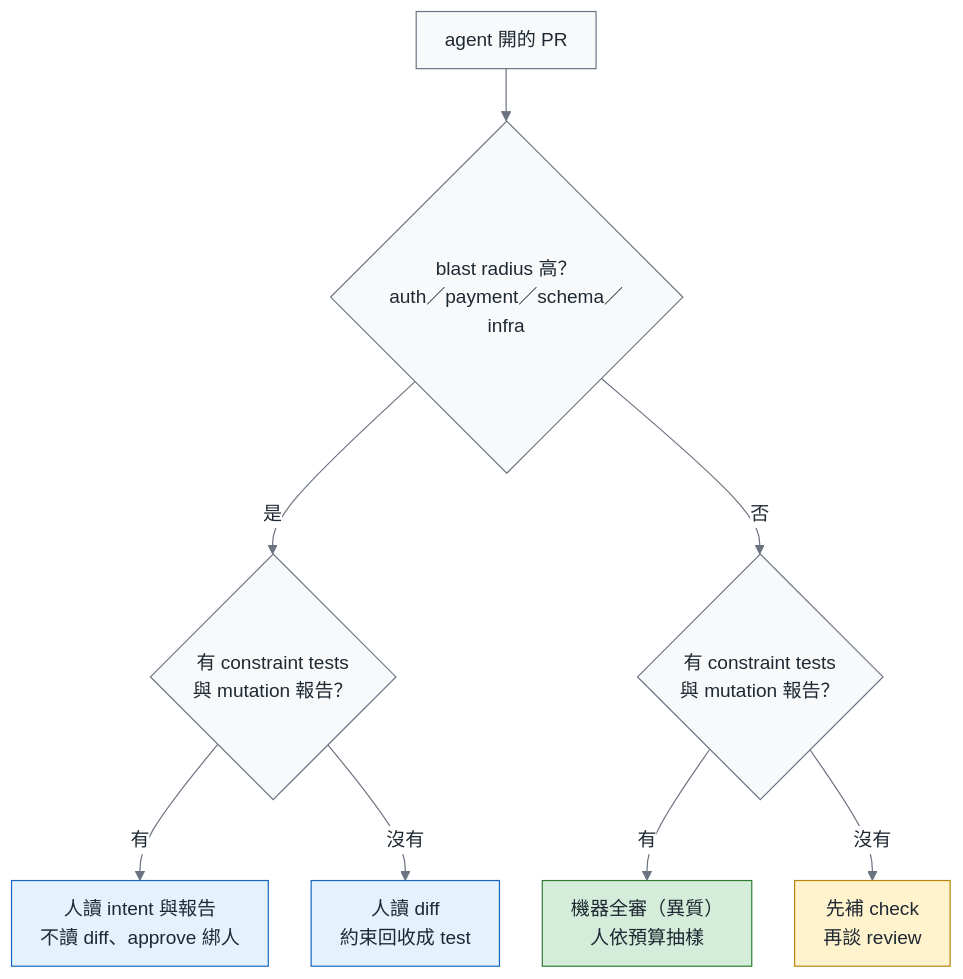
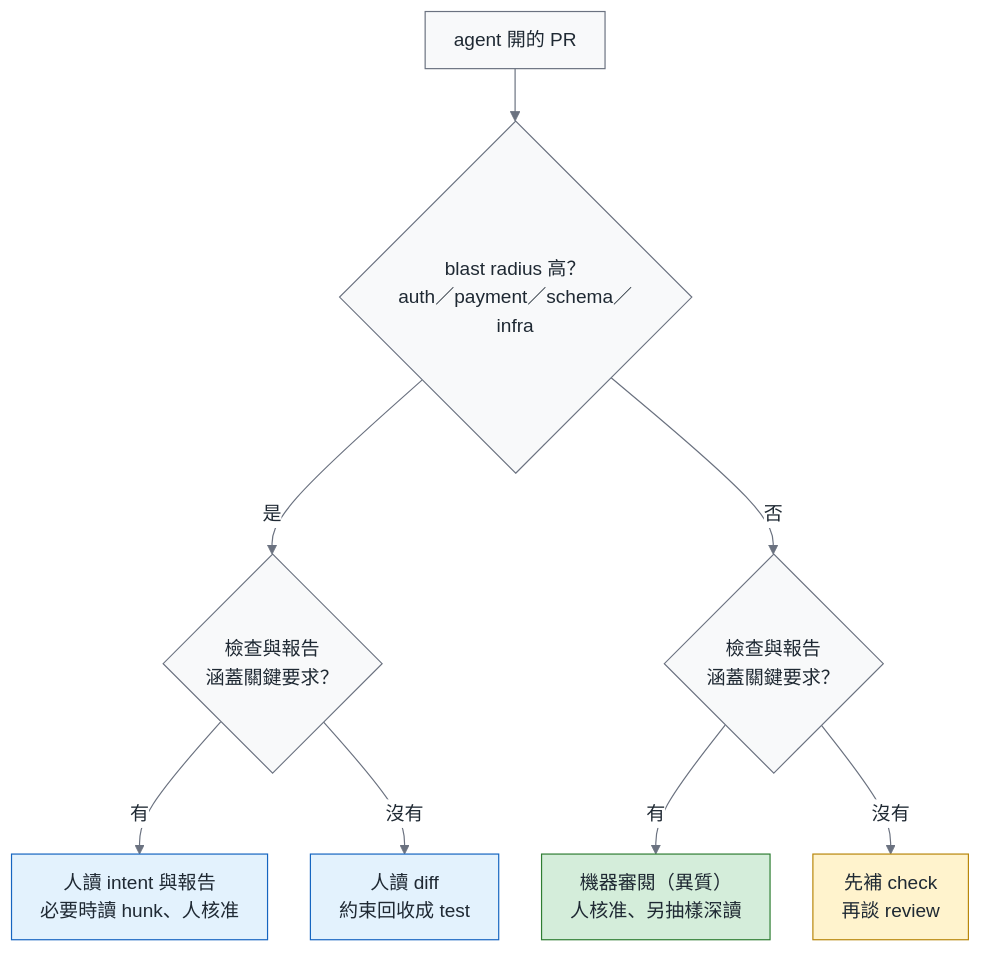
One commit to fantasybz/medium-articles changed the sixth of 10 diagrams in 2026-10-green-overview/article.md. Above: the diagram before and after it, drawn with Mermaid. The commit also changed other lines of this file and 93 other files, not shown here.

````diff
--- a/2026-10-green-overview/article.md
+++ b/2026-10-green-overview/article.md
@@ -454,41 +454,41 @@
 ```mermaid
 ---
 config:
   theme: base
   themeVariables:
     fontSize: 16px
     primaryColor: "#f8f9fa"
     primaryTextColor: "#1f2933"
     primaryBorderColor: "#6b7280"
     lineColor: "#6b7280"
     secondaryColor: "#f8f9fa"
     tertiaryColor: "#ffffff"
     clusterBkg: "#ffffff"
     clusterBorder: "#9ca3af"
     edgeLabelBackground: "#ffffff"
   flowchart:
     nodeSpacing: 36
     rankSpacing: 44
     padding: 12
     htmlLabels: true
     subGraphTitleMargin:
       top: 8
       bottom: 12
     curve: basis
 ---
 flowchart TB
     classDef own fill:#d4edda,stroke:#2e7d32,color:#1f2933
     classDef buy fill:#fff3cd,stroke:#b8860b,color:#1f2933
     classDef bad fill:#ffe0e0,stroke:#c0392b,color:#1f2933
     classDef human fill:#e3f2fd,stroke:#1565c0,color:#1f2933
     P["agent 開的 PR"] --> Q1{"blast radius 高？<br/>auth／payment／schema／infra"}
-    Q1 -->|是| Q2{"有 constraint tests<br/>與 mutation 報告？"}
-    Q1 -->|否| Q3{"有 constraint tests<br/>與 mutation 報告？"}
-    Q2 -->|有| O1["人讀 intent 與報告<br/>不讀 diff、approve 綁人"]
+    Q1 -->|是| Q2{"檢查與報告<br/>涵蓋關鍵要求？"}
+    Q1 -->|否| Q3{"檢查與報告<br/>涵蓋關鍵要求？"}
+    Q2 -->|有| O1["人讀 intent 與報告<br/>必要時讀 hunk、人核准"]
     Q2 -->|沒有| O2["人讀 diff<br/>約束回收成 test"]
-    Q3 -->|有| O3["機器全審（異質）<br/>人依預算抽樣"]
+    Q3 -->|有| O3["機器審閱（異質）<br/>人核准、另抽樣深讀"]
     Q3 -->|沒有| O4["先補 check<br/>再談 review"]
     class O1,O2 human
     class O3 own
     class O4 buy
 ```
````
